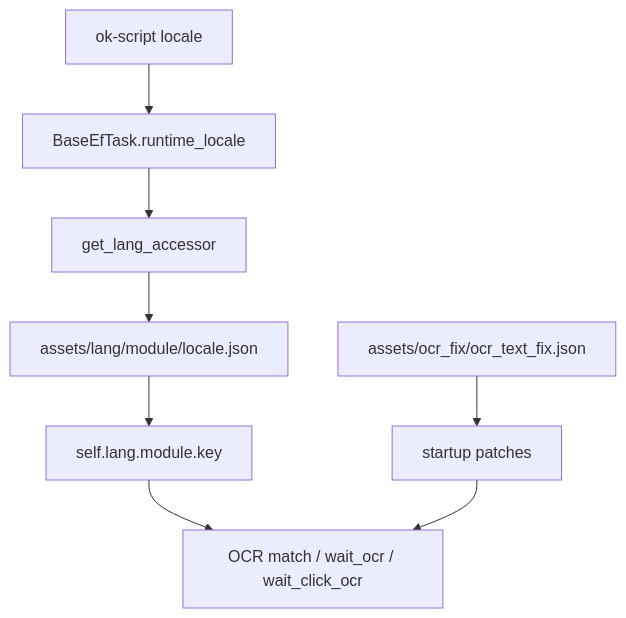
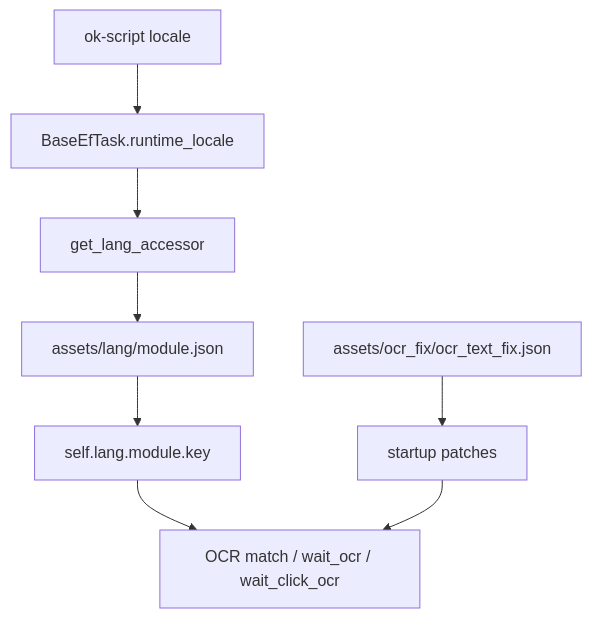
Before and after one commit to AliceJump/ok-end-field: the diagram in target_doc/i18n_ocr.md, drawn with Mermaid. The commit also changed other lines of this file and 29 other files, not shown here.

````diff
--- a/target_doc/i18n_ocr.md
+++ b/target_doc/i18n_ocr.md
@@ -14,10 +16,10 @@
 ```mermaid
 flowchart TD
     A[ok-script locale] --> B[BaseEfTask.runtime_locale]
     B --> C[get_lang_accessor]
-    C --> D[assets/lang/module/locale.json]
+    C --> D[assets/lang/module.json]
     D --> E[self.lang.module.key]
     E --> F[OCR match / wait_ocr / wait_click_ocr]
     G[assets/ocr_fix/ocr_text_fix.json] --> H[startup patches]
     H --> F
 ```
````
